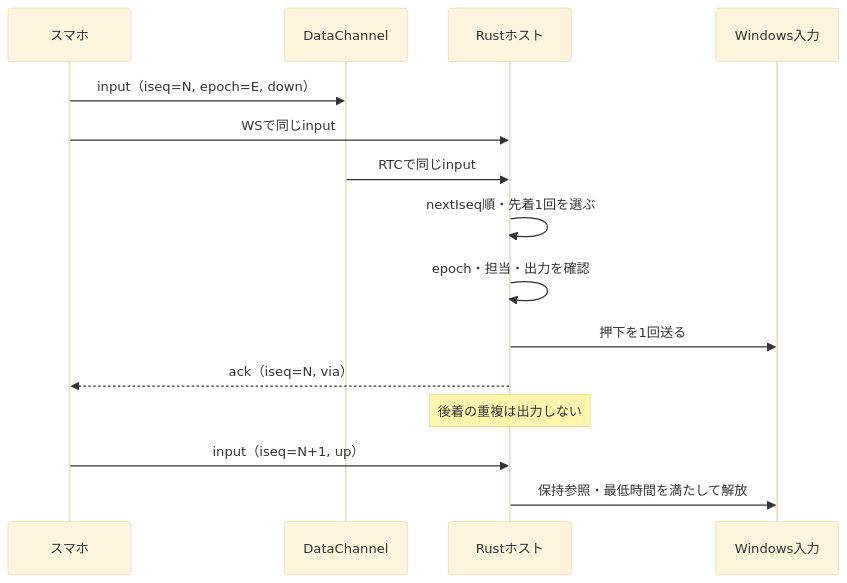
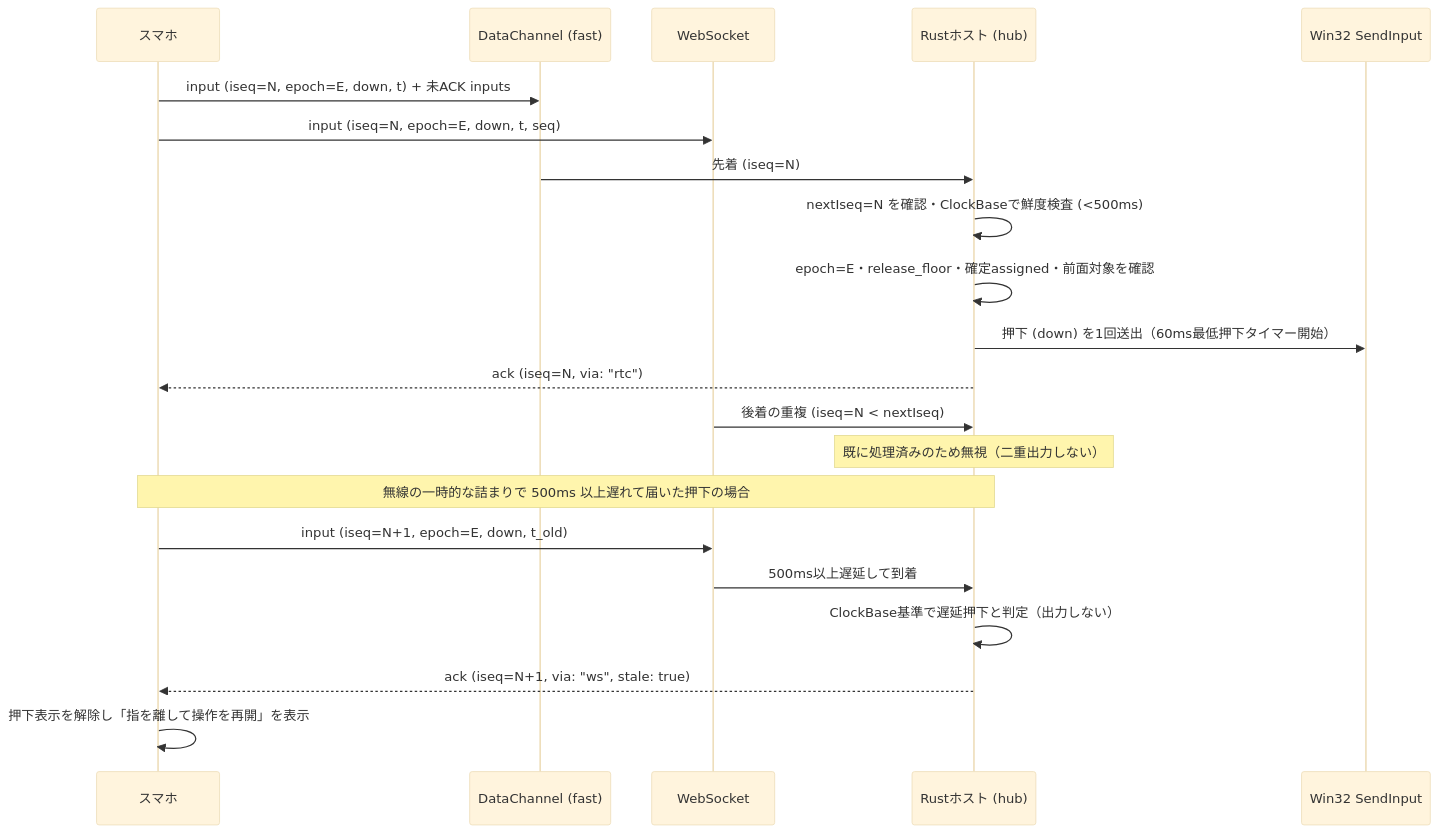
One commit to jphacks/kz_2613 changed the second of 4 diagrams in docs/protocol-specification.md. Above: the diagram before and after it, drawn with Mermaid (base theme). The commit also changed other lines of this file and 10 other files, not shown here.

````diff
--- a/docs/protocol-specification.md
+++ b/docs/protocol-specification.md
@@ -200,17 +201,25 @@
 ```mermaid
 sequenceDiagram
     participant Phone as スマホ
-    participant RTC as DataChannel
-    participant Hub as Rustホスト
-    participant OS as Windows入力
-    Phone->>RTC: input（iseq=N, epoch=E, down）
-    Phone->>Hub: WSで同じinput
-    RTC->>Hub: RTCで同じinput
-    Hub->>Hub: nextIseq順・先着1回を選ぶ
-    Hub->>Hub: epoch・担当・出力を確認
-    Hub->>OS: 押下を1回送る
-    Hub-->>Phone: ack（iseq=N, via）
-    Note over Hub: 後着の重複は出力しない
-    Phone->>Hub: input（iseq=N+1, up）
-    Hub->>OS: 保持参照・最低時間を満たして解放
+    participant RTC as DataChannel (fast)
+    participant WS as WebSocket
+    participant Hub as Rustホスト (hub)
+    participant OS as Win32 SendInput
+
+    Phone->>RTC: input (iseq=N, epoch=E, down, t) + 未ACK inputs
+    Phone->>WS: input (iseq=N, epoch=E, down, t, seq)
+    RTC->>Hub: 先着 (iseq=N)
+    Hub->>Hub: nextIseq=N を確認・ClockBaseで鮮度検査 (<500ms)
+    Hub->>Hub: epoch=E・release_floor・確定assigned・前面対象を確認
+    Hub->>OS: 押下 (down) を1回送出（60ms最低押下タイマー開始）
+    Hub-->>Phone: ack (iseq=N, via: "rtc")
+    WS->>Hub: 後着の重複 (iseq=N < nextIseq)
+    Note over Hub: 既に処理済みのため無視（二重出力しない）
+
+    Note over Phone,Hub: 無線の一時的な詰まりで 500ms 以上遅れて届いた押下の場合
+    Phone->>WS: input (iseq=N+1, epoch=E, down, t_old)
+    WS->>Hub: 500ms以上遅延して到着
+    Hub->>Hub: ClockBase基準で遅延押下と判定（出力しない）
+    Hub-->>Phone: ack (iseq=N+1, via: "ws", stale: true)
+    Phone->>Phone: 押下表示を解除し「指を離して操作を再開」を表示
 ```
````
